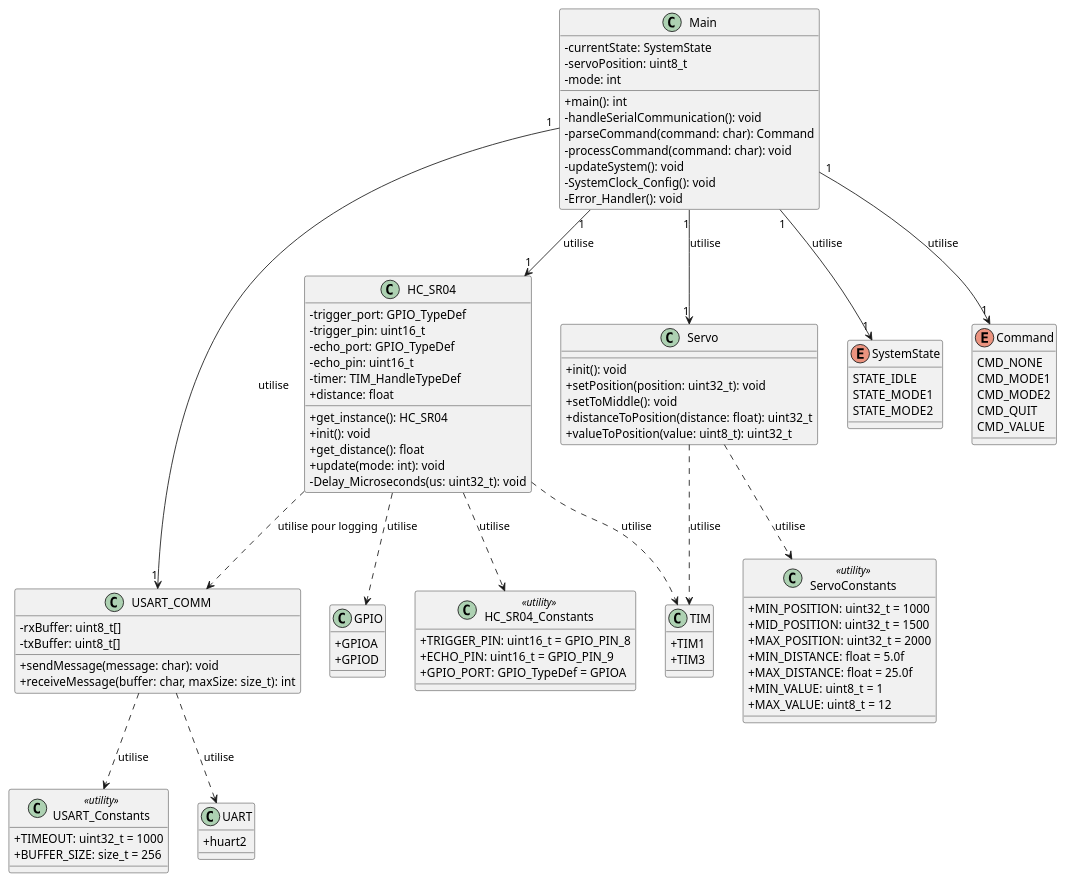
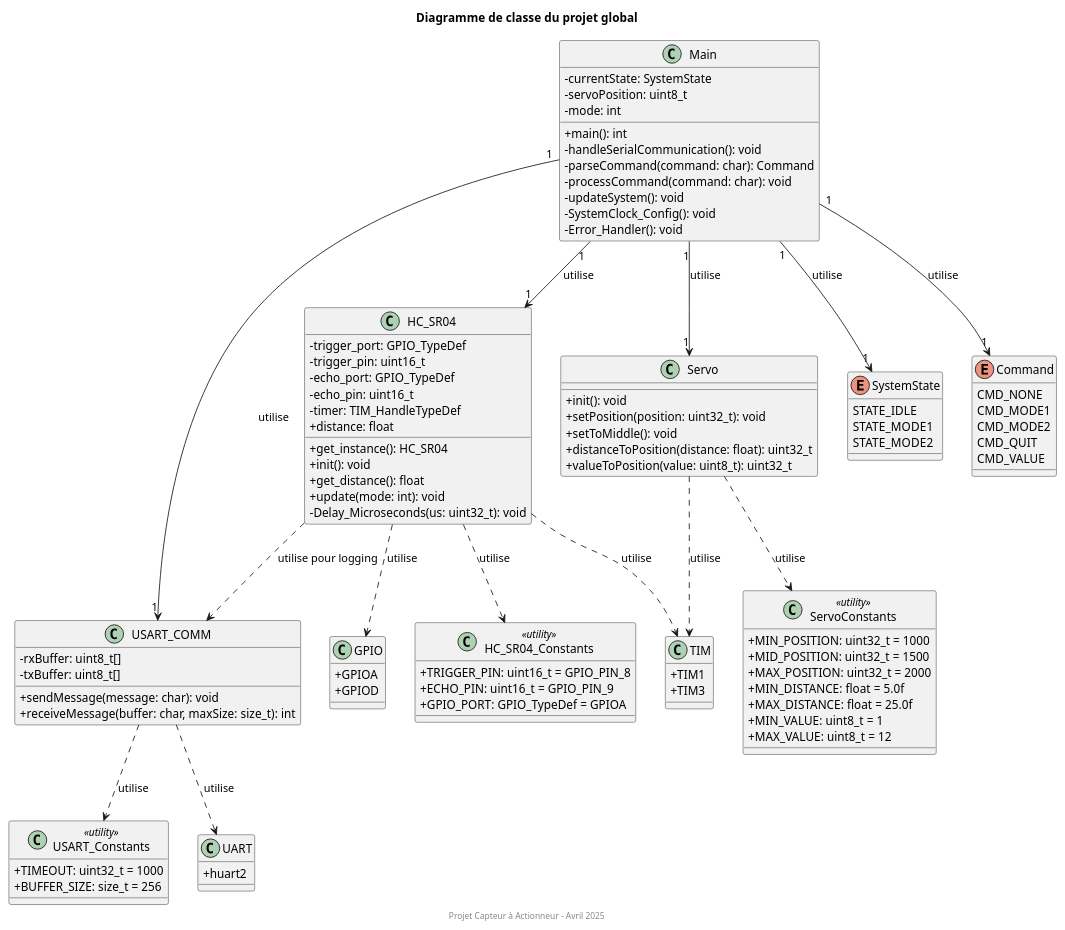
The diagram in doc-README/DC.puml (AzTaiiyoo/Capteur_actionneur), drawn with PlantUML before and after one commit. The commit also changed 15 other files, not shown here.

```diff
--- a/doc-README/DC.puml
+++ b/doc-README/DC.puml
@@ -1,118 +1,121 @@
 @startuml
 ' Style du diagramme
 skinparam classAttributeIconSize 0
 
 
 ' Définition des classes
 class Main {
   - currentState: SystemState
   - servoPosition: uint8_t
   - mode: int
   + main(): int
   - handleSerialCommunication(): void
   - parseCommand(command: char): Command
   - processCommand(command: char): void
   - updateSystem(): void
   - SystemClock_Config(): void
   - Error_Handler(): void
 }
 
 class HC_SR04 {
   - trigger_port: GPIO_TypeDef
   - trigger_pin: uint16_t
   - echo_port: GPIO_TypeDef
   - echo_pin: uint16_t
   - timer: TIM_HandleTypeDef
   + distance: float
   + get_instance(): HC_SR04
   + init(): void
   + get_distance(): float
   + update(mode: int): void
   - Delay_Microseconds(us: uint32_t): void
 }
 
 class HC_SR04_Constants <<utility>> {
   +  TRIGGER_PIN: uint16_t = GPIO_PIN_8
   +  ECHO_PIN: uint16_t = GPIO_PIN_9
   +  GPIO_PORT: GPIO_TypeDef = GPIOA
 }
 
 class Servo {
   + init(): void
   + setPosition(position: uint32_t): void
   + setToMiddle(): void
   + distanceToPosition(distance: float): uint32_t
   + valueToPosition(value: uint8_t): uint32_t
 }
 
 class ServoConstants <<utility>> {
   +  MIN_POSITION: uint32_t = 1000
   +  MID_POSITION: uint32_t = 1500
   +  MAX_POSITION: uint32_t = 2000
   +  MIN_DISTANCE: float = 5.0f
   +  MAX_DISTANCE: float = 25.0f
   +  MIN_VALUE: uint8_t = 1
   +  MAX_VALUE: uint8_t = 12
 }
 
 class USART_COMM {
   - rxBuffer: uint8_t[]
   - txBuffer: uint8_t[]
   + sendMessage(message: char): void
   + receiveMessage(buffer: char, maxSize: size_t): int
 }
 
 class USART_Constants <<utility>> {
   +  TIMEOUT: uint32_t = 1000
   +  BUFFER_SIZE: size_t = 256
 }
 
 ' Énumérations
 enum SystemState {
   STATE_IDLE
   STATE_MODE1
   STATE_MODE2
 }
 
 enum Command {
   CMD_NONE
   CMD_MODE1
   CMD_MODE2
   CMD_QUIT
   CMD_VALUE
 }
 
 ' Hardware interfaces
 class TIM {
   + TIM1
   + TIM3
 }
 
 class GPIO {
   + GPIOA
   + GPIOD
 }
 
 class UART {
   +  huart2
 }
 
 ' Relations
 Main "1" --> "1" SystemState : utilise
 Main "1" --> "1" Command : utilise
 Main "1" --> "1" HC_SR04 : utilise
 Main "1" --> "1" Servo : utilise
 Main "1" --> "1" USART_COMM : utilise
 
 HC_SR04 ..> HC_SR04_Constants : utilise
 HC_SR04 ..> TIM : utilise
 HC_SR04 ..> GPIO : utilise
 HC_SR04 ..> USART_COMM : utilise pour logging
 
 Servo ..> ServoConstants : utilise
 Servo ..> TIM : utilise
 
 USART_COMM ..> USART_Constants : utilise
 USART_COMM ..> UART : utilise
 
+title Diagramme de classe du projet global
+footer Projet Capteur à Actionneur – Avril 2025
+
 @enduml
```
